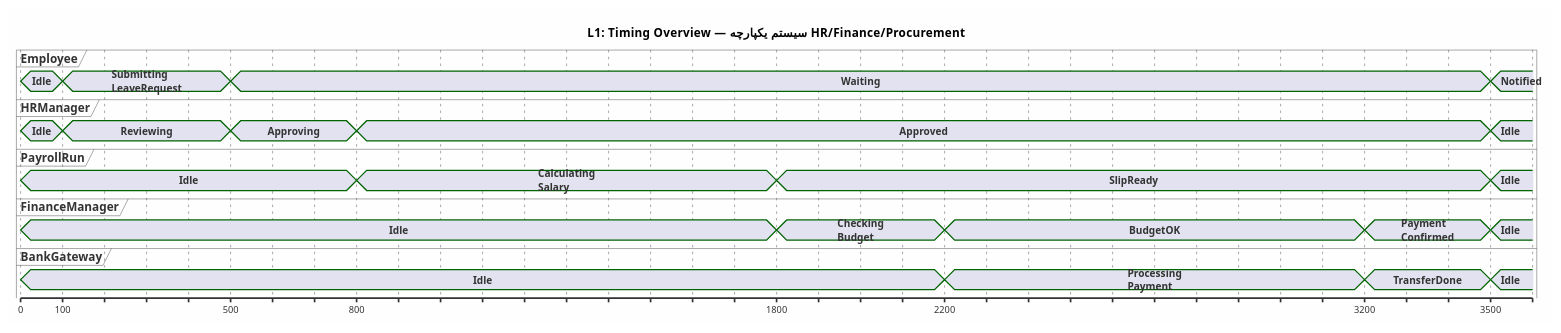
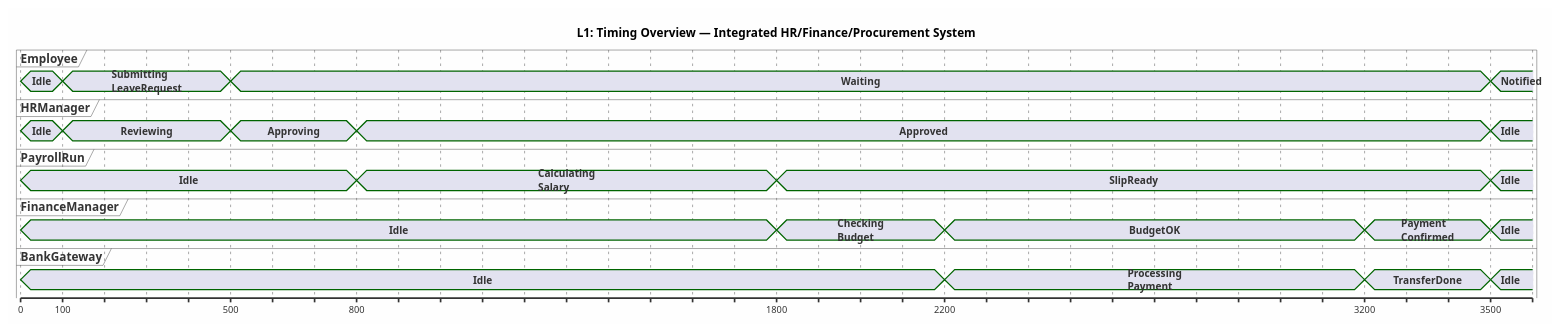
Before and after one commit to Shakour-Data/BedaanWaves: the first of 7 diagrams in docs/02_architecture/ARCH_integrated-hr-finance-procurement-uml-overview-timing_v1.md, drawn with PlantUML. The commit also changed other lines of this file and 19 other files, not shown here.

````diff
--- a/docs/02_architecture/ARCH_integrated-hr-finance-procurement-uml-overview-timing_v1.md
+++ b/docs/02_architecture/ARCH_integrated-hr-finance-procurement-uml-overview-timing_v1.md
@@ -229,51 +229,51 @@
 ```plantuml
 @startuml ARCH-L1-Timing
 skinparam backgroundColor #FEFEFE
-title L1: Timing Overview — سیستم یکپارچه HR/Finance/Procurement
+title L1: Timing Overview — Integrated HR/Finance/Procurement System
 
 concise "Employee" as E
 concise "HRManager" as HR
 concise "PayrollRun" as PR
 concise "FinanceManager" as FM
 concise "BankGateway" as BG
 
 @0
 E is "Idle"
 HR is "Idle"
 PR is "Idle"
 FM is "Idle"
 BG is "Idle"
 
 @100
 E is "Submitting\nLeaveRequest"
 HR is "Reviewing"
 
 @500
 E is "Waiting"
 HR is "Approving"
 
 @800
 HR is "Approved"
 PR is "Calculating\nSalary"
 
 @1800
 PR is "SlipReady"
 FM is "Checking\nBudget"
 
 @2200
 FM is "BudgetOK"
 BG is "Processing\nPayment"
 
 @3200
 BG is "TransferDone"
 FM is "Payment\nConfirmed"
 
 @3500
 E is "Notified"
 HR is "Idle"
 PR is "Idle"
 FM is "Idle"
 BG is "Idle"
 
 @enduml
 ```
````
